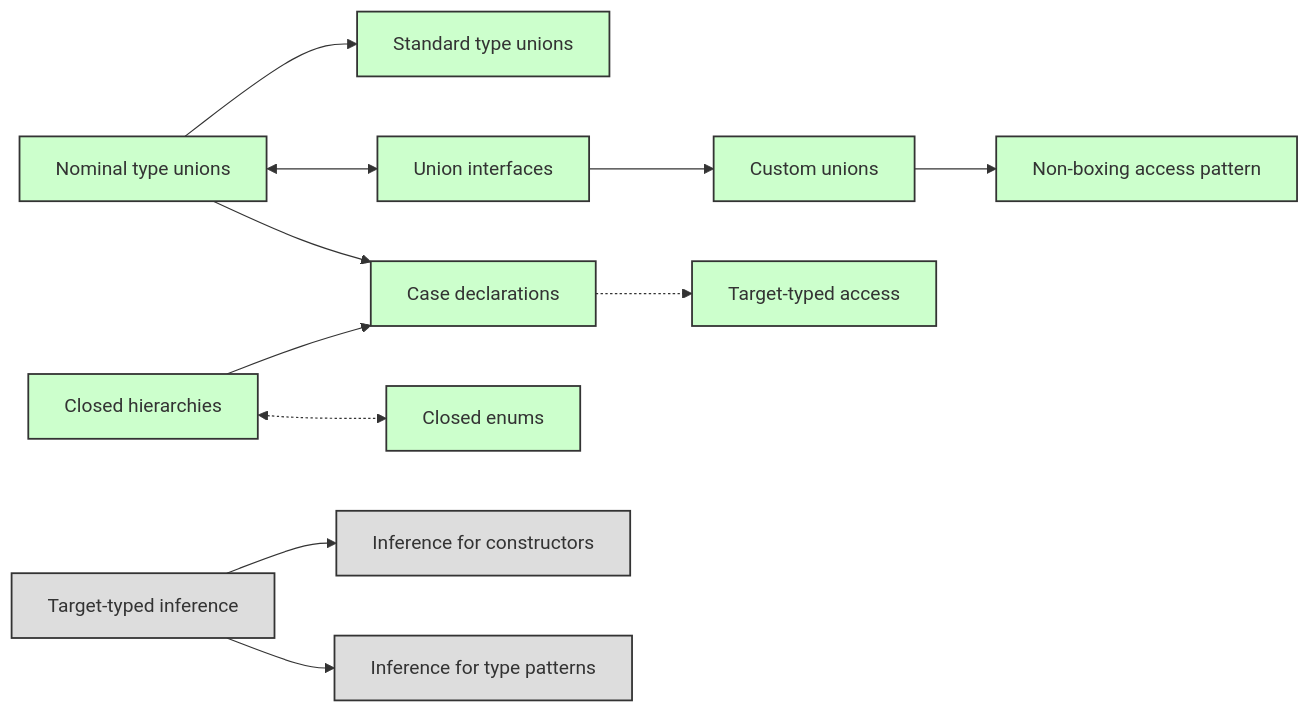
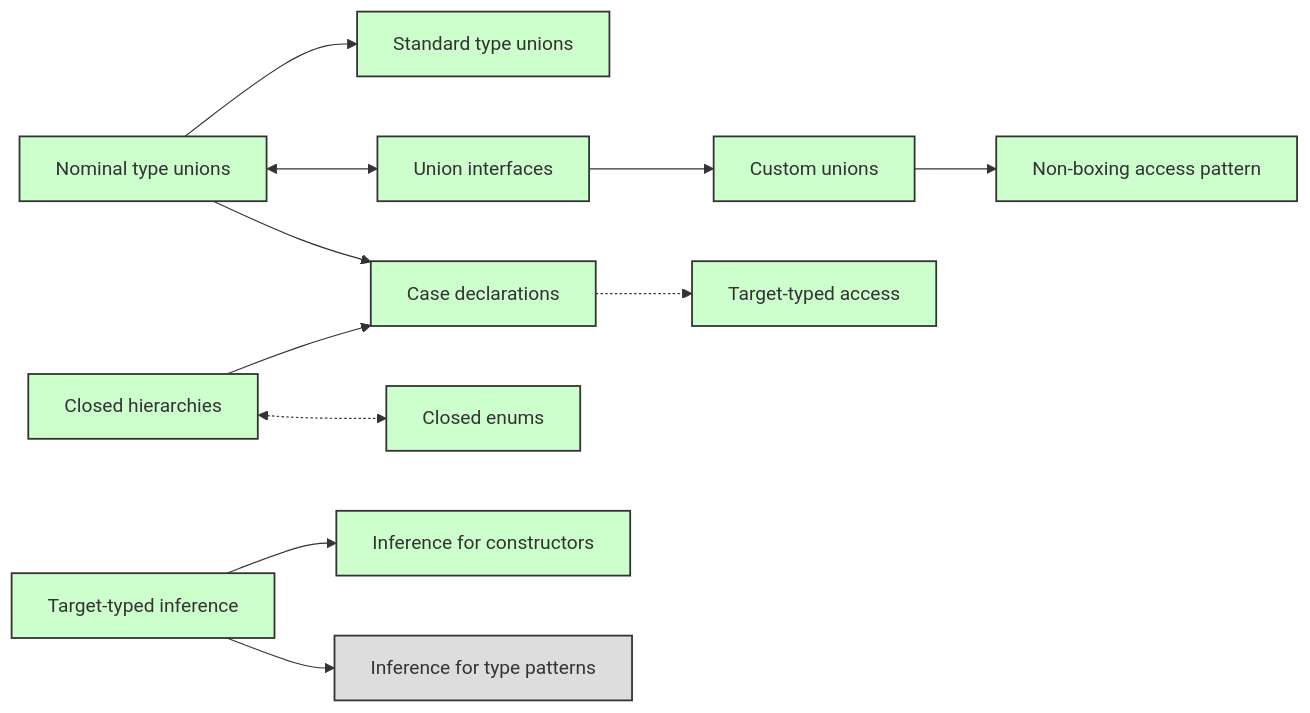
One commit to dotnet/csharplang changed the diagram in meetings/working-groups/discriminated-unions/union-proposals-overview.md. Above: the diagram before and after it, drawn with Mermaid.

````diff
--- a/meetings/working-groups/discriminated-unions/union-proposals-overview.md
+++ b/meetings/working-groups/discriminated-unions/union-proposals-overview.md
@@ -17,30 +17,30 @@
 ``` mermaid
 flowchart LR
 
 %% Features
 Unions[Nominal type unions]:::approved
 Standard[Standard type unions]:::approved
 Interfaces[Union interfaces]:::approved
 Custom[Custom unions]:::approved
 NonBoxingAccess[Non-boxing access pattern]:::approved
 Enums[Closed enums]:::approved
 Hierarchies[Closed hierarchies]:::approved
 Cases[Case declarations]:::approved
 TargetAccess[Target-typed access]:::approved
-TargetInfer[Target-typed inference]:::unapproved
-InferNew[Inference for constructors]:::unapproved
+TargetInfer[Target-typed inference]:::approved
+InferNew[Inference for constructors]:::approved
 InferPattern[Inference for type patterns]:::unapproved
 
 %% Dependencies
 Unions --> Standard
 Unions <--> Interfaces --> Custom --> NonBoxingAccess
 Unions & Hierarchies --> Cases -.-> TargetAccess
 Hierarchies <-.-> Enums
 TargetInfer --> InferNew & InferPattern
 
 %% Colors
 classDef approved fill:#cfc,stroke:#333,stroke-width:1.5px;
 classDef consideration fill:#ffd,stroke:#333,stroke-width:1.5px;
 classDef unapproved fill:#ddd,stroke:#333,stroke-width:1.5px;
 classDef rejected fill:#fdd,stroke:#333,stroke-width:1.5px;
 ```
````
